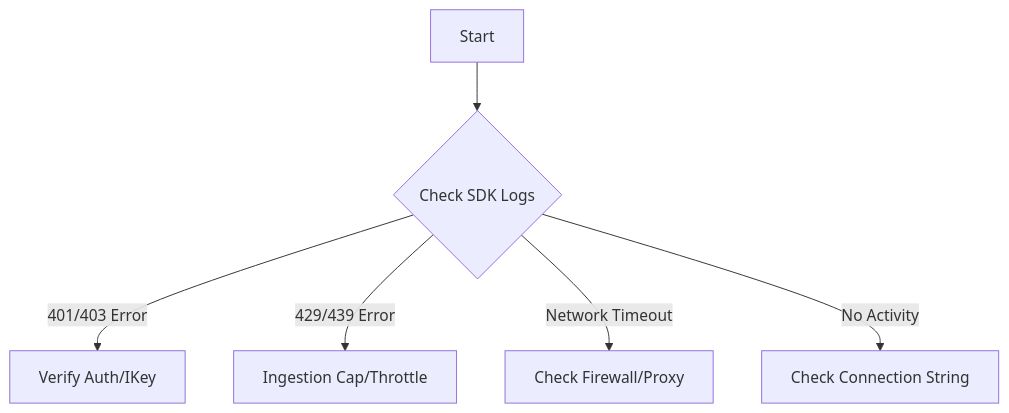
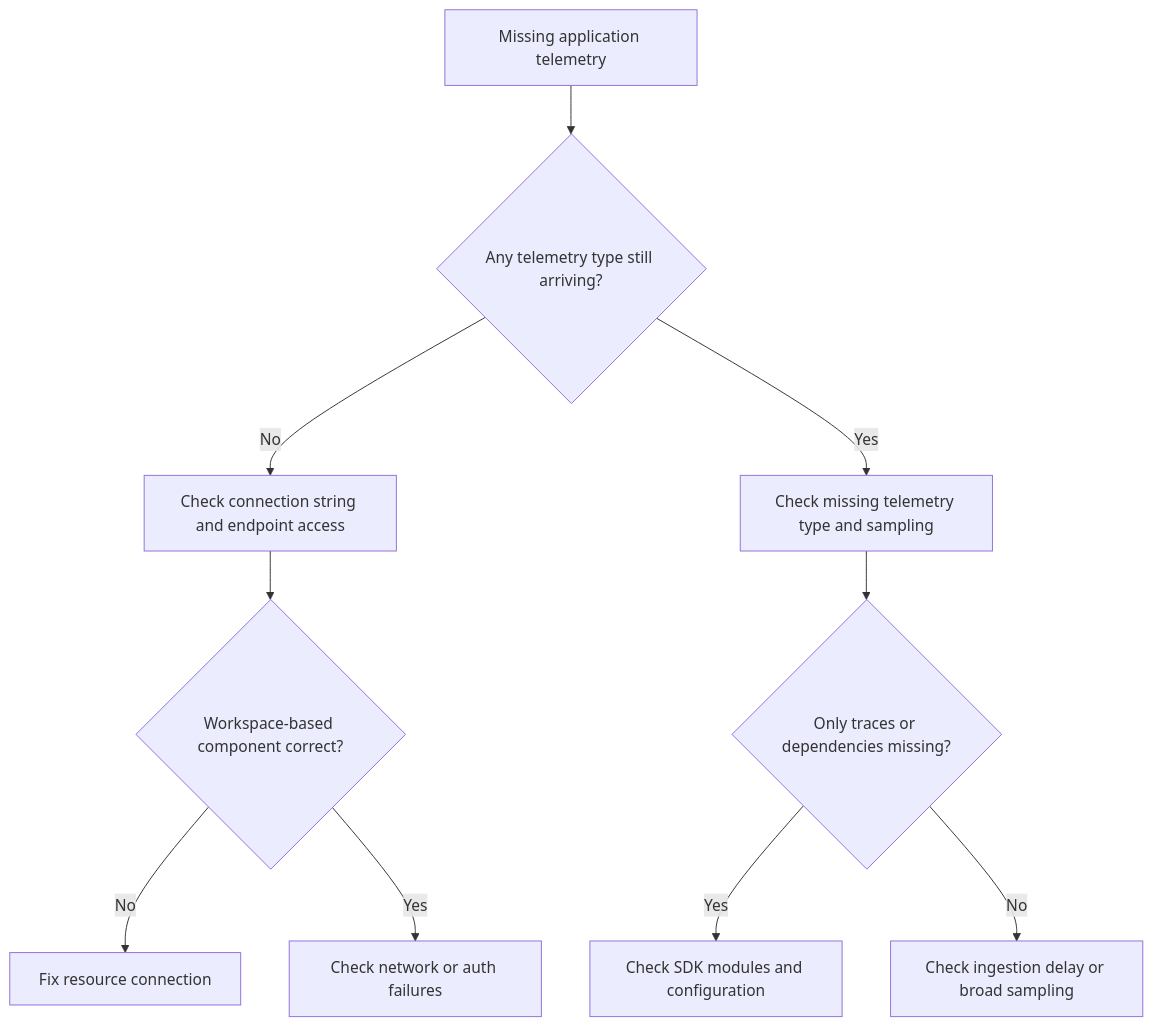
The diagram in docs/troubleshooting/playbooks/missing-application-telemetry.md (yeongseon/azure-monitoring-practical-guide), drawn with Mermaid before and after one commit. The commit also changed other lines of this file and 50 other files, not shown here.

````diff
--- a/docs/troubleshooting/playbooks/missing-application-telemetry.md
+++ b/docs/troubleshooting/playbooks/missing-application-telemetry.md
@@ -17,8 +18,12 @@
 ```mermaid
 flowchart TD
-    A[Start] --> B{Check SDK Logs}
-    B -->|401/403 Error| C[Verify Auth/IKey]
-    B -->|429/439 Error| D[Ingestion Cap/Throttle]
-    B -->|Network Timeout| E[Check Firewall/Proxy]
-    B -->|No Activity| F[Check Connection String]
+    A[Missing application telemetry] --> B{Any telemetry type still arriving?}
+    B -->|No| C[Check connection string and endpoint access]
+    B -->|Yes| D[Check missing telemetry type and sampling]
+    C --> E{Workspace-based component correct?}
+    E -->|No| F[Fix resource connection]
+    E -->|Yes| G[Check network or auth failures]
+    D --> H{Only traces or dependencies missing?}
+    H -->|Yes| I[Check SDK modules and configuration]
+    H -->|No| J[Check ingestion delay or broad sampling]
 ```
````
